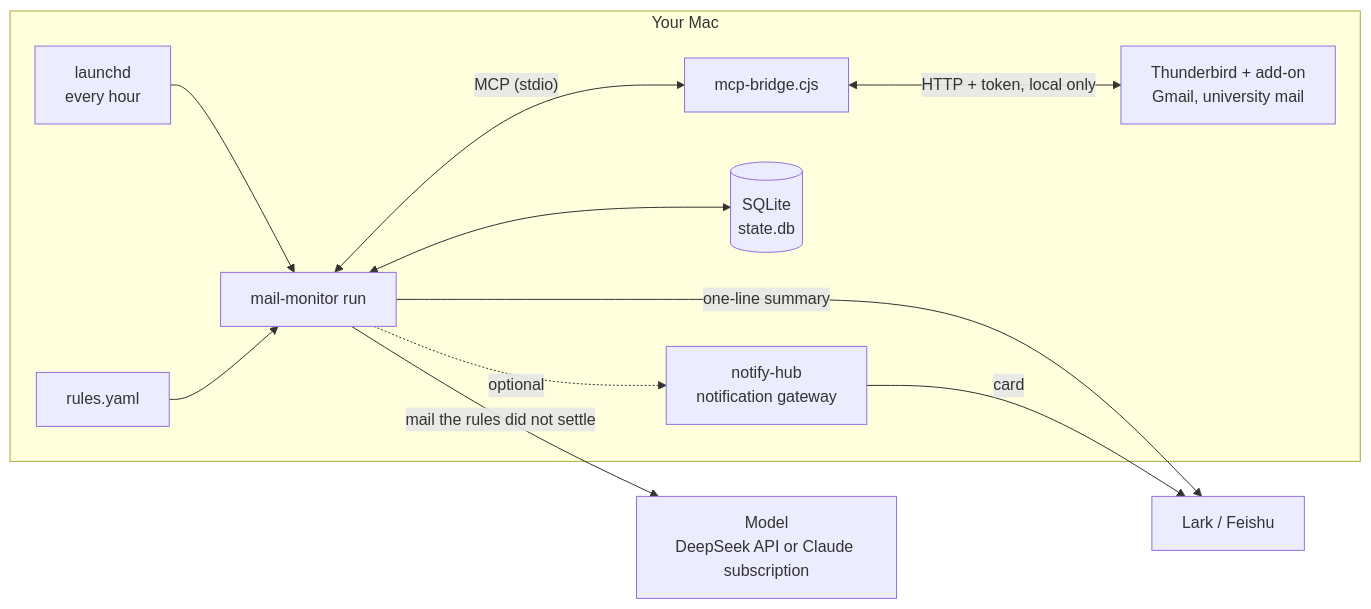
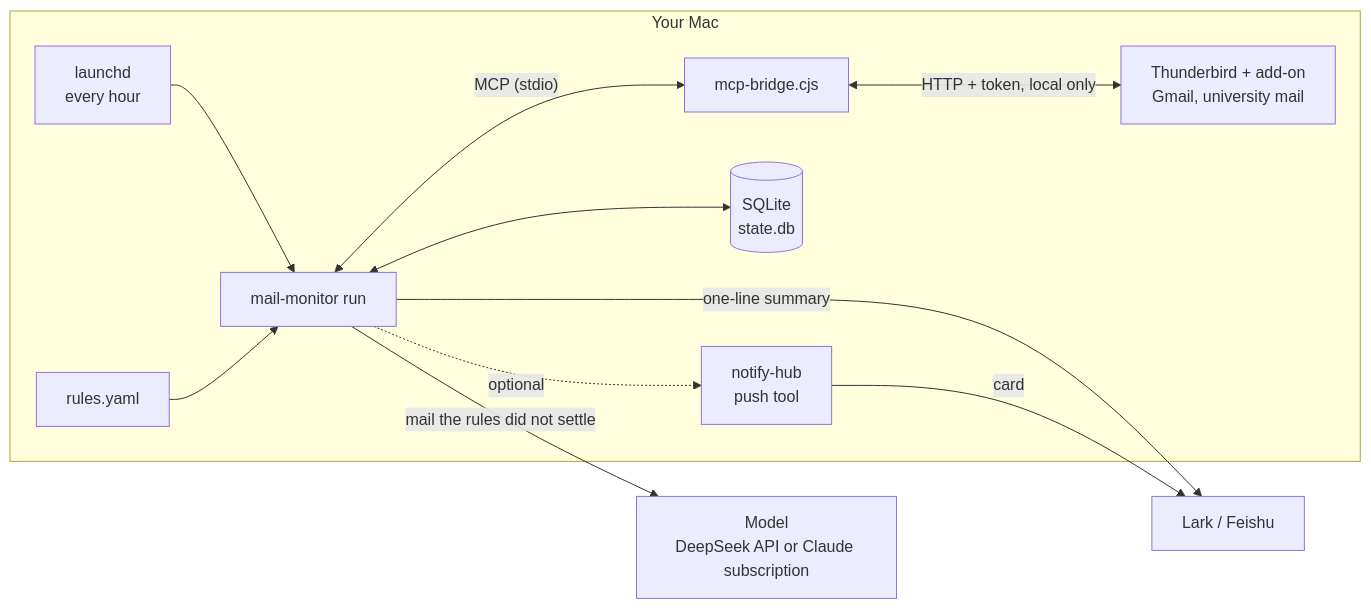
One commit to yuhang2551/thunderbird-mail-agent changed the first of 3 diagrams in monitor/docs/architecture_EN.md. Above: the diagram before and after it, drawn with Mermaid. The commit also changed other lines of this file and 26 other files, not shown here.

````diff
--- a/monitor/docs/architecture_EN.md
+++ b/monitor/docs/architecture_EN.md
@@ -26,14 +26,14 @@
 ```mermaid
 flowchart LR
     subgraph mac["Your Mac"]
         L["launchd<br/>every hour"] --> M["mail-monitor run"]
         M <-->|"MCP (stdio)"| B["mcp-bridge.cjs"]
         B <-->|"HTTP + token, local only"| T["Thunderbird + add-on<br/>Gmail, university mail"]
         M <--> D[("SQLite<br/>state.db")]
         R["rules.yaml"] --> M
-        M -.->|"optional"| H["notify-hub<br/>notification gateway"]
+        M -.->|"optional"| H["notify-hub<br/>push tool"]
     end
     M -->|"mail the rules did not settle"| A["Model<br/>DeepSeek API or Claude subscription"]
     M -->|"one-line summary"| K["Lark / Feishu"]
     H -->|"card"| K
 ```
````
